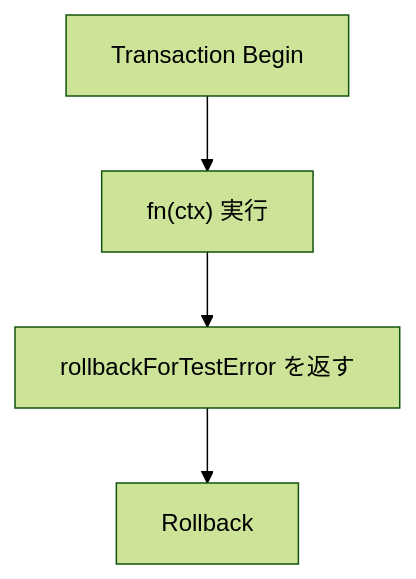
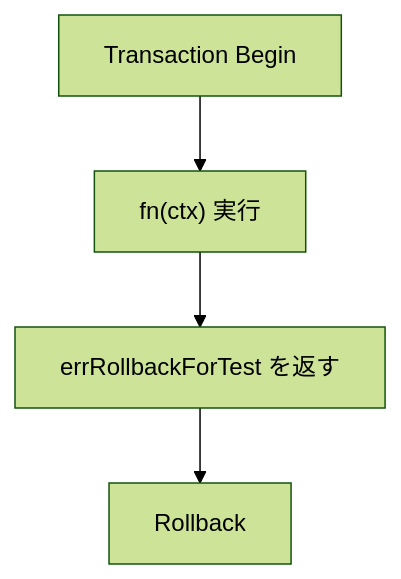
The third of 8 diagrams in internal/infrastructure/rdb/testkit/README.ja.md (Tomy-ch/go-boilerplate), drawn with Mermaid (forest theme) before and after one commit. The commit also changed other lines of this file and 114 other files, not shown here.

````diff
--- a/internal/infrastructure/rdb/testkit/README.ja.md
+++ b/internal/infrastructure/rdb/testkit/README.ja.md
@@ -92,9 +92,9 @@
 ```mermaid
 flowchart TD
     A[Transaction Begin]
     B["fn(ctx) 実行"]
-    C[rollbackForTestError を返す]
+    C[errRollbackForTest を返す]
     D[Rollback]
 
     A --> B --> C --> D
 ```
````
